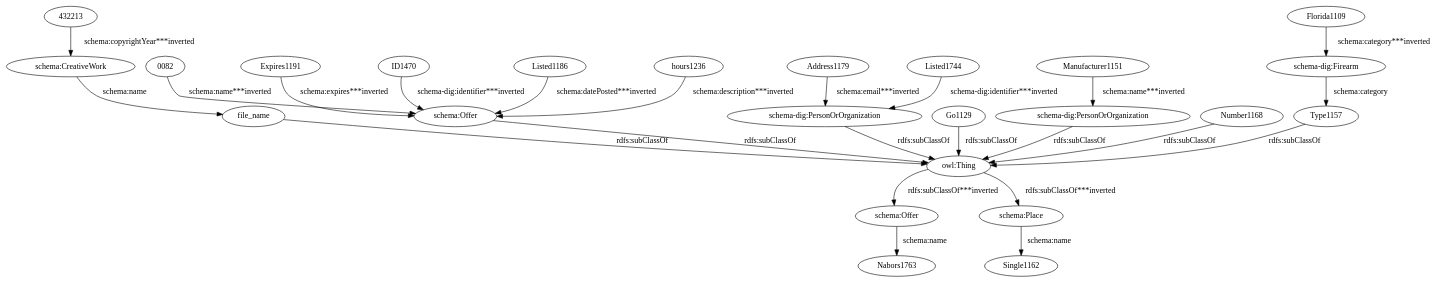
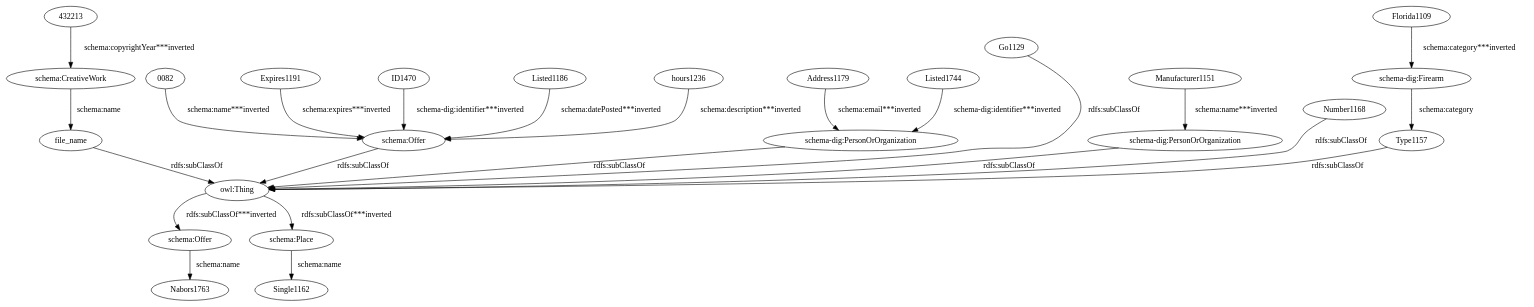
One commit to giuseppefutia/semi changed the diagram in data/taheriyan2016/task_04/semantic_models/steiner/dot/floridagunclassifieds.dot. Above: the diagram before and after it, drawn with Graphviz. The commit also changed 89 other files, not shown here.

```diff
--- a/data/taheriyan2016/task_04/semantic_models/steiner/dot/floridagunclassifieds.dot
+++ b/data/taheriyan2016/task_04/semantic_models/steiner/dot/floridagunclassifieds.dot
@@ -1,49 +1,49 @@
 digraph {
   "432213" [type=attribute_name,label="432213"]
   "0082" [type=attribute_name,label="0082"]
   "schema:Offer1" [type=class_uri,label="schema:Offer"]
   "schema:CreativeWork1" [type=class_uri,label="schema:CreativeWork"]
   Address1179 [type=attribute_name,label=Address1179]
   "schema-dig:PersonOrOrganization1" [type=class_uri,label="schema-dig:PersonOrOrganization"]
   Expires1191 [type=attribute_name,label=Expires1191]
   Florida1109 [type=attribute_name,label=Florida1109]
   "schema-dig:Firearm1" [type=class_uri,label="schema-dig:Firearm"]
   Go1129 [type=attribute_name,label=Go1129]
   "owl:Thing" [type=special,label="owl:Thing"]
   ID1470 [type=attribute_name,label=ID1470]
   Listed1186 [type=attribute_name,label=Listed1186]
   Listed1744 [type=attribute_name,label=Listed1744]
   Manufacturer1151 [type=attribute_name,label=Manufacturer1151]
   "schema-dig:PersonOrOrganization2" [type=class_uri,label="schema-dig:PersonOrOrganization"]
   Number1168 [type=attribute_name,label=Number1168]
   Type1157 [type=attribute_name,label=Type1157]
   file_name [type=attribute_name,label=file_name]
   hours1236 [type=attribute_name,label=hours1236]
   "schema:Offer2" [type=class_uri,label="schema:Offer"]
   "schema:Place1" [type=class_uri,label="schema:Place"]
   Nabors1763 [type=attribute_name,label=Nabors1763]
   Single1162 [type=attribute_name,label=Single1162]
-  "0082" -> "schema:Offer1" [type=st_property_uri,label="schema:name***inverted"]
-  "432213" -> "schema:CreativeWork1" [type=st_property_uri,label="schema:copyrightYear***inverted"]
-  Address1179 -> "schema-dig:PersonOrOrganization1" [type=st_property_uri,label="schema:email***inverted"]
-  Expires1191 -> "schema:Offer1" [type=st_property_uri,label="schema:expires***inverted"]
-  Florida1109 -> "schema-dig:Firearm1" [type=st_property_uri,label="schema:category***inverted"]
-  Go1129 -> "owl:Thing" [label="rdfs:subClassOf",type=inherited]
-  ID1470 -> "schema:Offer1" [type=st_property_uri,label="schema-dig:identifier***inverted"]
-  Listed1186 -> "schema:Offer1" [type=st_property_uri,label="schema:datePosted***inverted"]
-  Listed1744 -> "schema-dig:PersonOrOrganization1" [type=st_property_uri,label="schema-dig:identifier***inverted"]
-  Manufacturer1151 -> "schema-dig:PersonOrOrganization2" [type=st_property_uri,label="schema:name***inverted"]
-  Number1168 -> "owl:Thing" [label="rdfs:subClassOf",type=inherited]
-  Type1157 -> "owl:Thing" [label="rdfs:subClassOf",type=inherited]
-  file_name -> "owl:Thing" [label="rdfs:subClassOf",type=inherited]
-  hours1236 -> "schema:Offer1" [type=st_property_uri,label="schema:description***inverted"]
-  "owl:Thing" -> "schema:Offer2" [type=inherited,label="rdfs:subClassOf***inverted"]
-  "owl:Thing" -> "schema:Place1" [type=inherited,label="rdfs:subClassOf***inverted"]
+  "0082" -> "schema:Offer1" [type=st_property_uri,label="schema:name***inverted",weight=1]
+  "432213" -> "schema:CreativeWork1" [type=st_property_uri,label="schema:copyrightYear***inverted",weight=1]
+  Address1179 -> "schema-dig:PersonOrOrganization1" [type=st_property_uri,label="schema:email***inverted",weight=1]
+  Expires1191 -> "schema:Offer1" [type=st_property_uri,label="schema:expires***inverted",weight=1]
+  Florida1109 -> "schema-dig:Firearm1" [type=st_property_uri,label="schema:category***inverted",weight=1]
+  Go1129 -> "owl:Thing" [label="rdfs:subClassOf",type=inherited,weight=0.3333333333333333]
+  ID1470 -> "schema:Offer1" [type=st_property_uri,label="schema-dig:identifier***inverted",weight=1]
+  Listed1186 -> "schema:Offer1" [type=st_property_uri,label="schema:datePosted***inverted",weight=1]
+  Listed1744 -> "schema-dig:PersonOrOrganization1" [type=st_property_uri,label="schema-dig:identifier***inverted",weight=1]
+  Manufacturer1151 -> "schema-dig:PersonOrOrganization2" [type=st_property_uri,label="schema:name***inverted",weight=1]
+  Number1168 -> "owl:Thing" [label="rdfs:subClassOf",type=inherited,weight=0.3333333333333333]
+  Type1157 -> "owl:Thing" [label="rdfs:subClassOf",type=inherited,weight=0.3333333333333333]
+  file_name -> "owl:Thing" [label="rdfs:subClassOf",type=inherited,weight=0.3333333333333333]
+  hours1236 -> "schema:Offer1" [type=st_property_uri,label="schema:description***inverted",weight=1]
+  "owl:Thing" -> "schema:Offer2" [type=inherited,label="rdfs:subClassOf***inverted",weight=0.3333333333333333]
+  "owl:Thing" -> "schema:Place1" [type=inherited,label="rdfs:subClassOf***inverted",weight=0.3333333333333333]
   "schema-dig:Firearm1" -> Type1157 [label="schema:category",type=st_property_uri]
-  "schema-dig:PersonOrOrganization1" -> "owl:Thing" [label="rdfs:subClassOf",type=inherited]
-  "schema-dig:PersonOrOrganization2" -> "owl:Thing" [label="rdfs:subClassOf",type=inherited]
+  "schema-dig:PersonOrOrganization1" -> "owl:Thing" [label="rdfs:subClassOf",type=inherited,weight=0.3333333333333333]
+  "schema-dig:PersonOrOrganization2" -> "owl:Thing" [label="rdfs:subClassOf",type=inherited,weight=0.3333333333333333]
   "schema:CreativeWork1" -> file_name [label="schema:name",type=st_property_uri]
-  "schema:Offer1" -> "owl:Thing" [label="rdfs:subClassOf",type=inherited]
+  "schema:Offer1" -> "owl:Thing" [label="rdfs:subClassOf",type=inherited,weight=0.3333333333333333]
   "schema:Offer2" -> Nabors1763 [label="schema:name",type=st_property_uri]
   "schema:Place1" -> Single1162 [label="schema:name",type=st_property_uri]
 }
```
